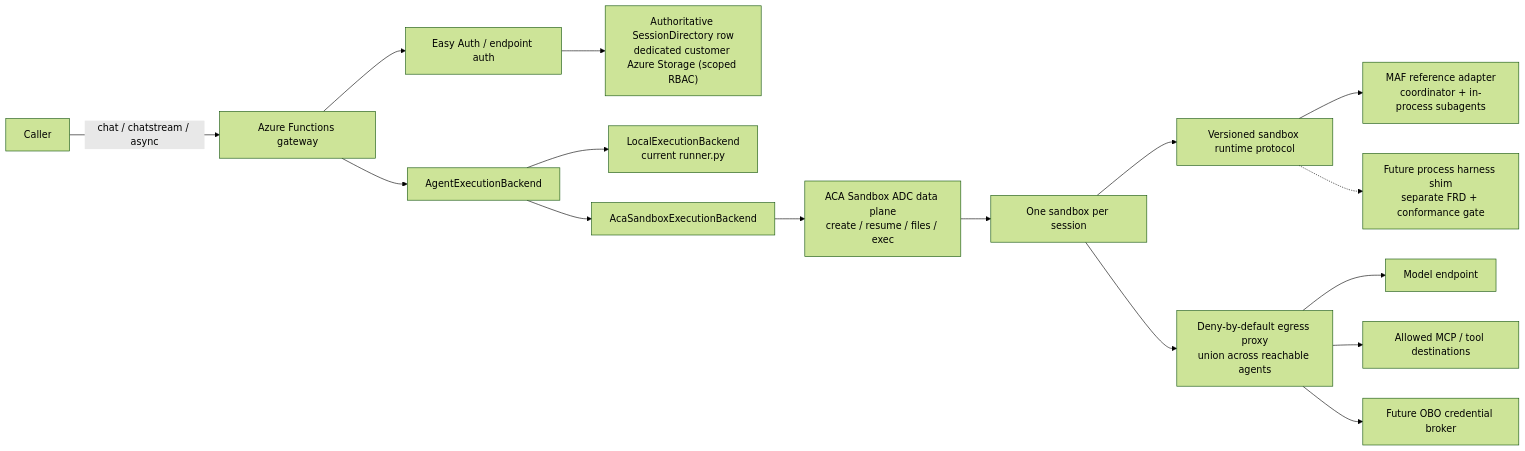
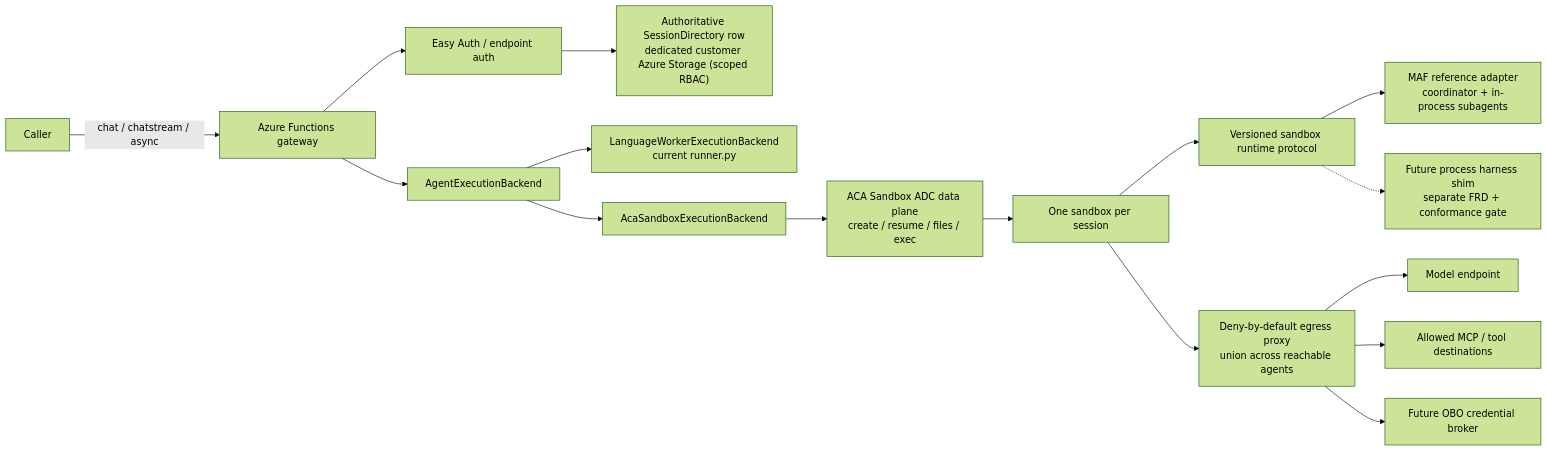
One commit to Azure/azure-functions-agents-runtime changed the diagram in docs/frds/0008-aca-sandbox-session-runtime.md. Above: the diagram before and after it, drawn with Mermaid (forest theme). The commit also changed other lines of this file and 29 other files, not shown here.

````diff
--- a/docs/frds/0008-aca-sandbox-session-runtime.md
+++ b/docs/frds/0008-aca-sandbox-session-runtime.md
@@ -87,18 +87,18 @@
 ```mermaid
 flowchart LR
     C["Caller"] -->|"chat / chatstream / async"| F["Azure Functions gateway"]
     F --> A["Easy Auth / endpoint auth"]
     A --> D["Authoritative SessionDirectory row<br/>dedicated customer Azure Storage (scoped RBAC)"]
     F --> E["AgentExecutionBackend"]
-    E --> L["LocalExecutionBackend<br/>current runner.py"]
+    E --> L["LanguageWorkerExecutionBackend<br/>current runner.py"]
     E --> S["AcaSandboxExecutionBackend"]
     S --> ADC["ACA Sandbox ADC data plane<br/>create / resume / files / exec"]
     ADC --> SB["One sandbox per session"]
     SB --> H["Versioned sandbox runtime protocol"]
     H --> M["MAF reference adapter<br/>coordinator + in-process subagents"]
     H -.-> X["Future process harness shim<br/>separate FRD + conformance gate"]
     SB --> P["Deny-by-default egress proxy<br/>union across reachable agents"]
     P --> AOAI["Model endpoint"]
     P --> MCP["Allowed MCP / tool destinations"]
     P --> B["Future OBO credential broker"]
 ```
````
